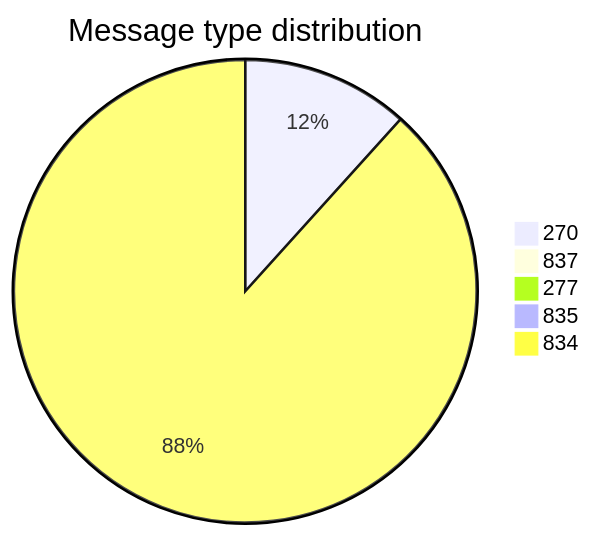
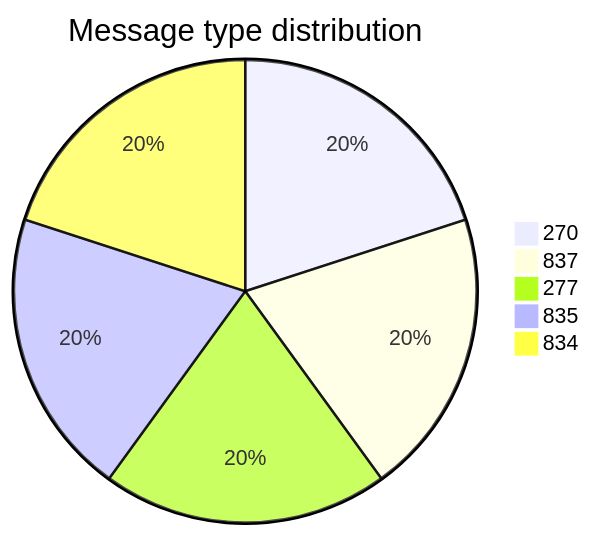
One commit to dhagan-va/intern-2025 changed the second of 11 diagrams in test-tools/DataGen/src/Statistics_Visualizer.md. Above: the diagram before and after it, drawn with Mermaid. The commit also changed other lines of this file and 2 other files, not shown here.

Commit message:
update to insure proper flow between 834 and 999

````diff
--- a/test-tools/DataGen/src/Statistics_Visualizer.md
+++ b/test-tools/DataGen/src/Statistics_Visualizer.md
@@ -28,8 +28,8 @@
 ```mermaid
 pie title Message type distribution
-    "270" : 1088
-    "837" : 0
-    "277" : 0
-    "835" : 0
-    "834" : 8220
+    "270" : 9997
+    "837" : 9997
+    "277" : 9997
+    "835" : 9997
+    "834" : 9997
 ```
````
